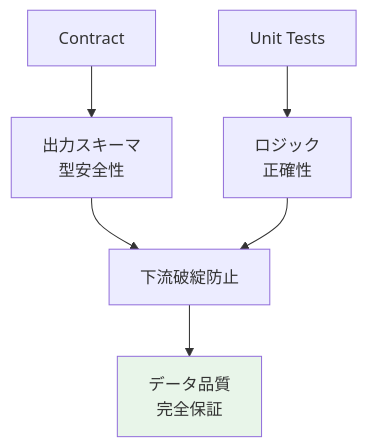
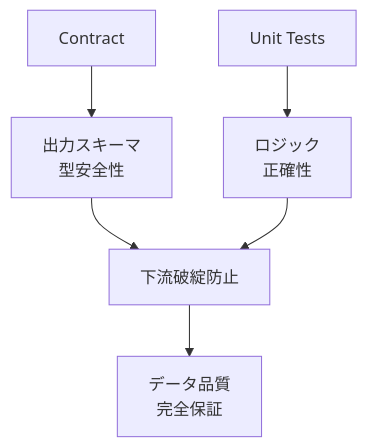
One commit to 1210yuichi0/1210yuichi0.github.io changed the seventh of 7 diagrams in content/Tech/dbt/features/contracts-config.md. Above: the diagram before and after it, drawn with Mermaid. The commit also changed other lines of this file and 22 other files, not shown here.

First line of the commit message:
style: remove Mermaid style directives for dark mode compatibility

````diff
--- a/content/Tech/dbt/features/contracts-config.md
+++ b/content/Tech/dbt/features/contracts-config.md
@@ -1363,12 +1344,11 @@
 ```mermaid
 graph TB
     A[Contract] --> C[出力スキーマ<br/>型安全性]
     B[Unit Tests] --> D[ロジック<br/>正確性]
 
     C --> E[下流破綻防止]
     D --> E
 
     E --> F[データ品質<br/>完全保証]
 
-    style F fill:#e8f5e9
 ```
````
